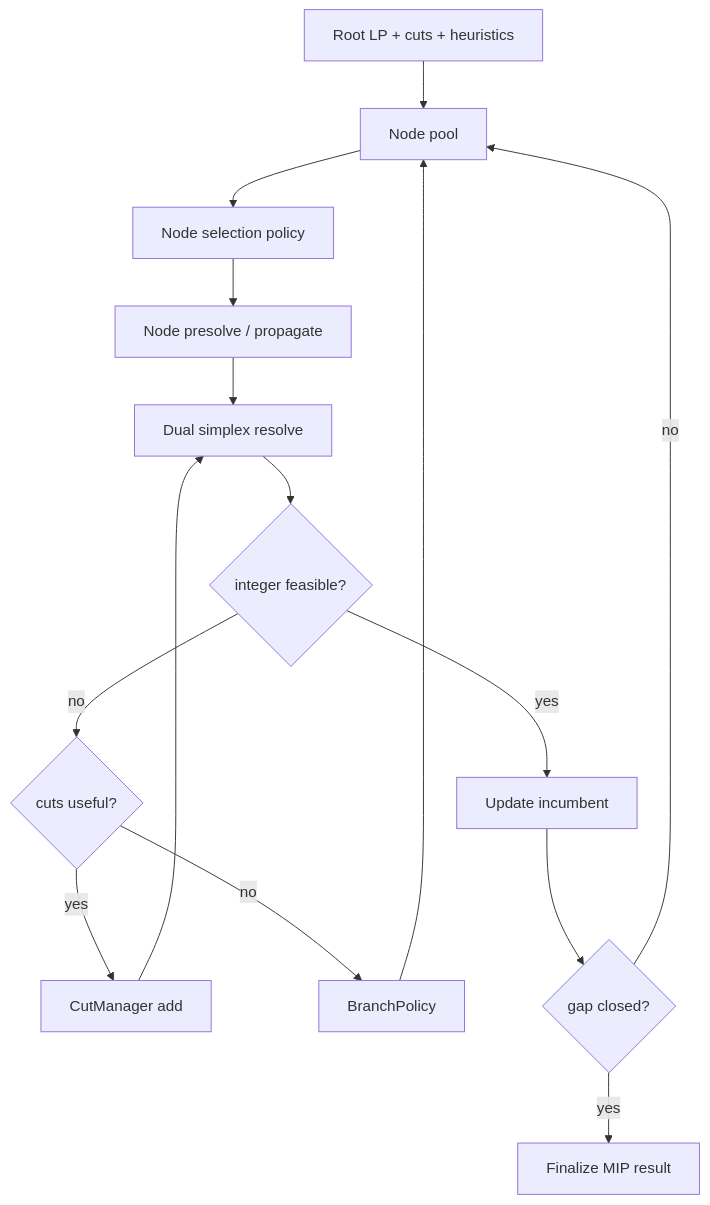
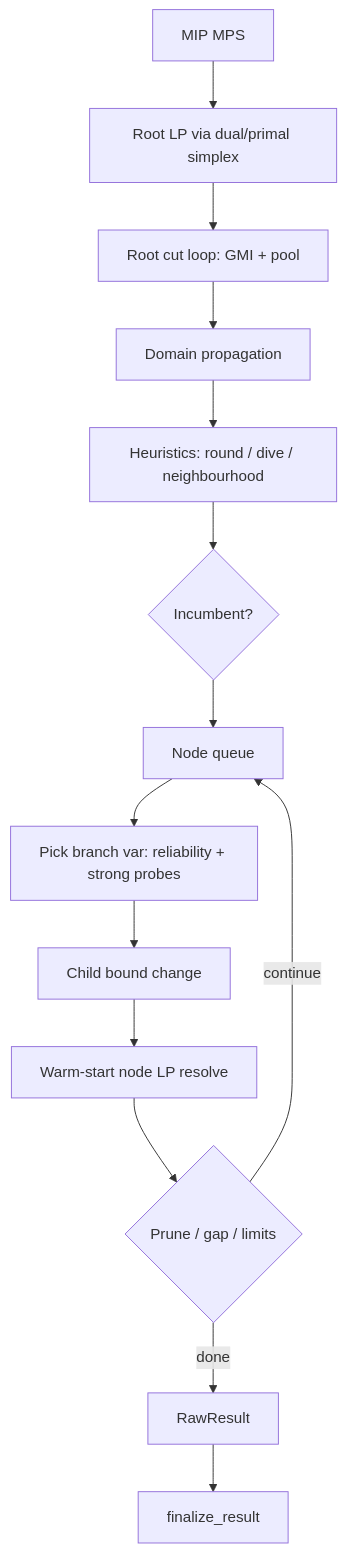
One commit to YashSuthar983/Forge changed the fourth of 5 diagrams in docs/architecture.md. Above: the diagram before and after it, drawn with Mermaid. The commit also changed other lines of this file and 45 other files, not shown here.

````diff
--- a/docs/architecture.md
+++ b/docs/architecture.md
@@ -1070,17 +191,16 @@
 ```mermaid
 flowchart TD
-  Root[Root LP + cuts + heuristics] --> Pool[Node pool]
-  Pool --> Pick[Node selection policy]
-  Pick --> NP[Node presolve / propagate]
-  NP --> LP[Dual simplex resolve]
-  LP --> Int{integer feasible?}
-  Int -->|yes| Inc[Update incumbent]
-  Int -->|no| Cut{cuts useful?}
-  Cut -->|yes| Add[CutManager add]
-  Add --> LP
-  Cut -->|no| Br[BranchPolicy]
-  Br --> Pool
-  Inc --> Gap{gap closed?}
-  Gap -->|no| Pool
-  Gap -->|yes| Done[Finalize MIP result]
+  A[MIP MPS] --> B[Root LP via dual/primal simplex]
+  B --> C[Root cut loop: GMI + pool]
+  C --> D[Domain propagation]
+  D --> E[Heuristics: round / dive / neighbourhood]
+  E --> F{Incumbent?}
+  F --> G[Node queue]
+  G --> H[Pick branch var: reliability + strong probes]
+  H --> I[Child bound change]
+  I --> J[Warm-start node LP resolve]
+  J --> K{Prune / gap / limits}
+  K -->|continue| G
+  K -->|done| L[RawResult]
+  L --> M[finalize_result]
 ```
````
